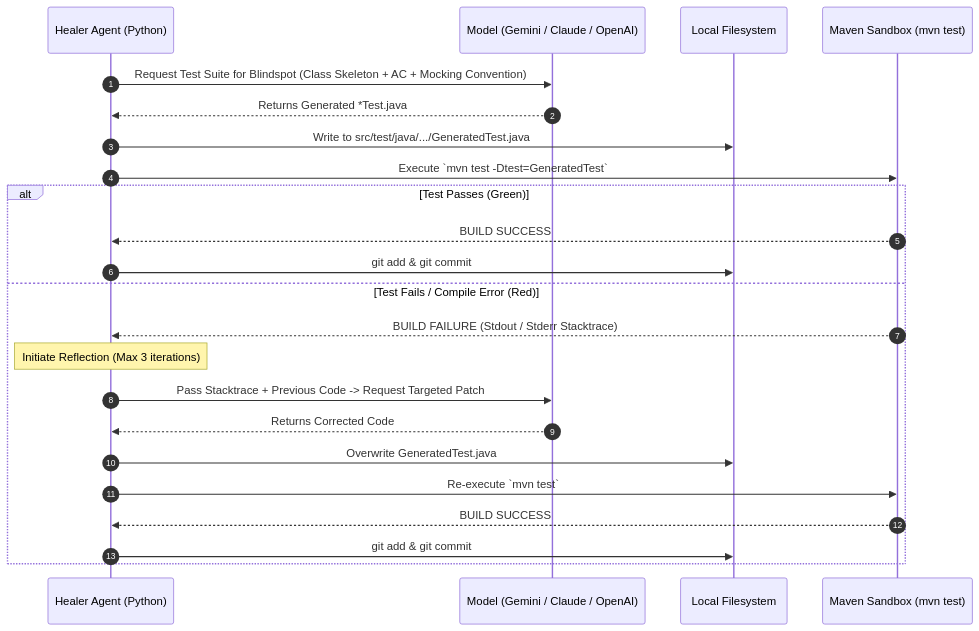
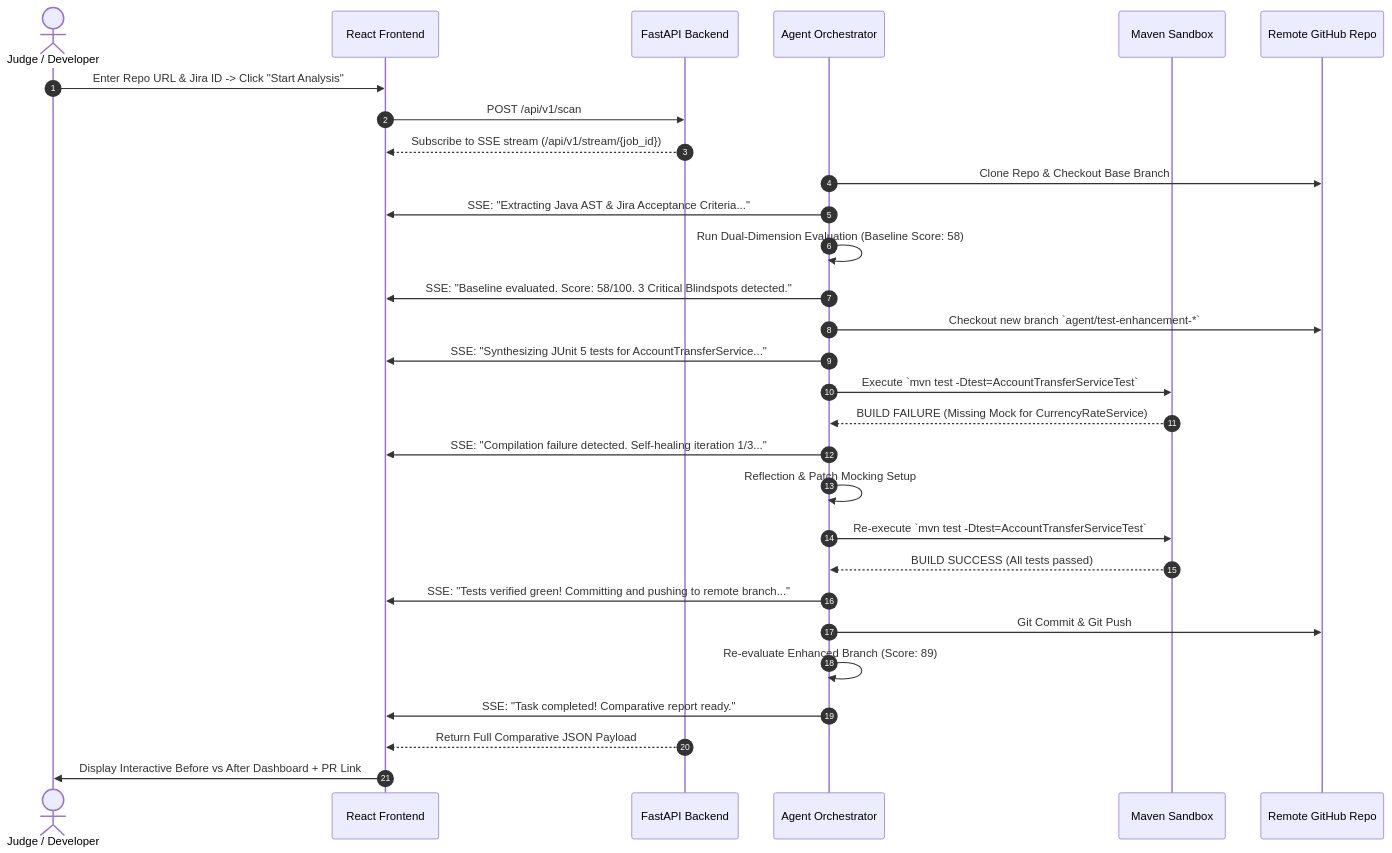
The second of 2 diagrams in docs/ARCHITECTURE.md (nvd11/SentinelQA), drawn with Mermaid before and after one commit. The commit also changed other lines of this file, not shown here.

Commit message:
docs: upgrade architecture to decoupled React + FastAPI full-stack design with SSE and real-time sequence diagrams

````diff
--- a/docs/ARCHITECTURE.md
+++ b/docs/ARCHITECTURE.md
@@ -139,27 +90,38 @@
 ```mermaid
 sequenceDiagram
     autonumber
-    participant Agent as Healer Agent (Python)
-    participant LLM as Model (Gemini / Claude / OpenAI)
-    participant FS as Local Filesystem
-    participant MVN as Maven Sandbox (mvn test)
+    actor User as Judge / Developer
+    participant UI as React Frontend
+    participant API as FastAPI Backend
+    participant Agent as Agent Orchestrator
+    participant MVN as Maven Sandbox
+    participant GH as Remote GitHub Repo
 
-    Agent->>LLM: Request Test Suite for Blindspot (Class Skeleton + AC + Mocking Convention)
-    LLM-->>Agent: Returns Generated *Test.java
-    Agent->>FS: Write to src/test/java/.../GeneratedTest.java
-    Agent->>MVN: Execute `mvn test -Dtest=GeneratedTest`
+    User->>UI: Enter Repo URL & Jira ID -> Click "Start Analysis"
+    UI->>API: POST /api/v1/scan
+    API-->>UI: Subscribe to SSE stream (/api/v1/stream/{job_id})
     
-    alt Test Passes (Green)
-        MVN-->>Agent: BUILD SUCCESS
-        Agent->>FS: git add & git commit
-    else Test Fails / Compile Error (Red)
-        MVN-->>Agent: BUILD FAILURE (Stdout / Stderr Stacktrace)
-        Note over Agent: Initiate Reflection (Max 3 iterations)
-        Agent->>LLM: Pass Stacktrace + Previous Code -> Request Targeted Patch
-        LLM-->>Agent: Returns Corrected Code
-        Agent->>FS: Overwrite GeneratedTest.java
-        Agent->>MVN: Re-execute `mvn test`
-        MVN-->>Agent: BUILD SUCCESS
-        Agent->>FS: git add & git commit
-    end
+    Agent->>GH: Clone Repo & Checkout Base Branch
+    Agent->>UI: SSE: "Extracting Java AST & Jira Acceptance Criteria..."
+    
+    Agent->>Agent: Run Dual-Dimension Evaluation (Baseline Score: 58)
+    Agent->>UI: SSE: "Baseline evaluated. Score: 58/100. 3 Critical Blindspots detected."
+
+    Agent->>GH: Checkout new branch `agent/test-enhancement-*`
+    Agent->>UI: SSE: "Synthesizing JUnit 5 tests for AccountTransferService..."
+    
+    Agent->>MVN: Execute `mvn test -Dtest=AccountTransferServiceTest`
+    MVN-->>Agent: BUILD FAILURE (Missing Mock for CurrencyRateService)
+    Agent->>UI: SSE: "Compilation failure detected. Self-healing iteration 1/3..."
+    
+    Agent->>Agent: Reflection & Patch Mocking Setup
+    Agent->>MVN: Re-execute `mvn test -Dtest=AccountTransferServiceTest`
+    MVN-->>Agent: BUILD SUCCESS (All tests passed)
+    Agent->>UI: SSE: "Tests verified green! Committing and pushing to remote branch..."
+    
+    Agent->>GH: Git Commit & Git Push
+    Agent->>Agent: Re-evaluate Enhanced Branch (Score: 89)
+    Agent->>UI: SSE: "Task completed! Comparative report ready."
+    API-->>UI: Return Full Comparative JSON Payload
+    UI->>User: Display Interactive Before vs After Dashboard + PR Link
 ```
````
